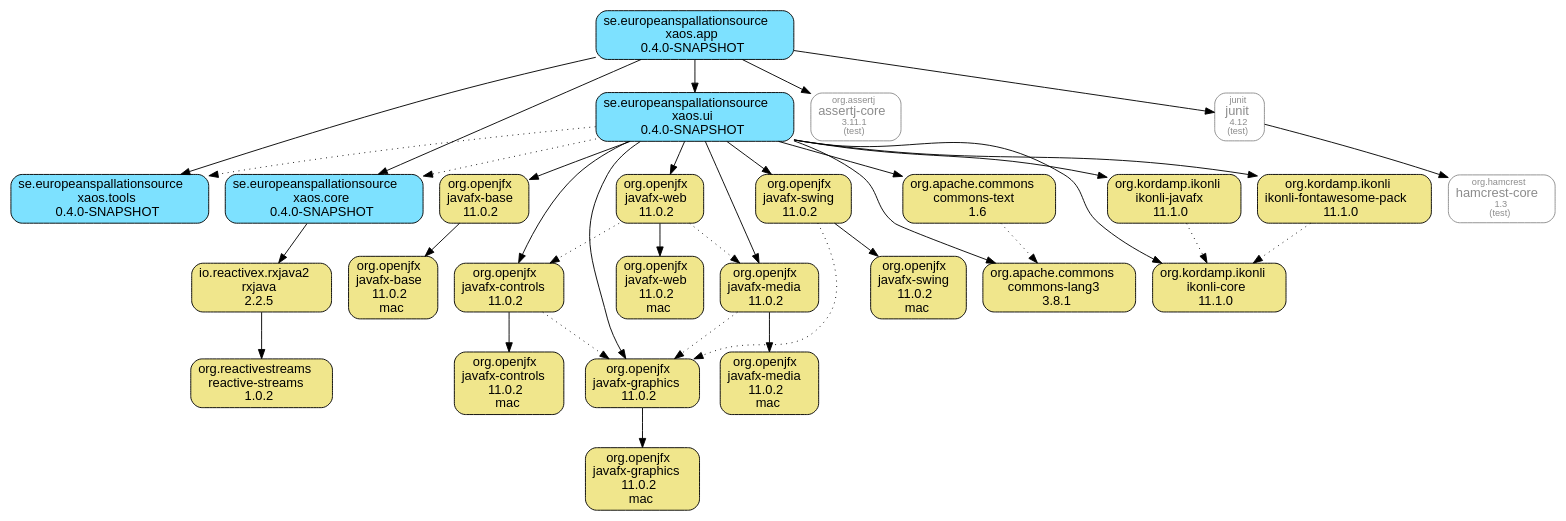
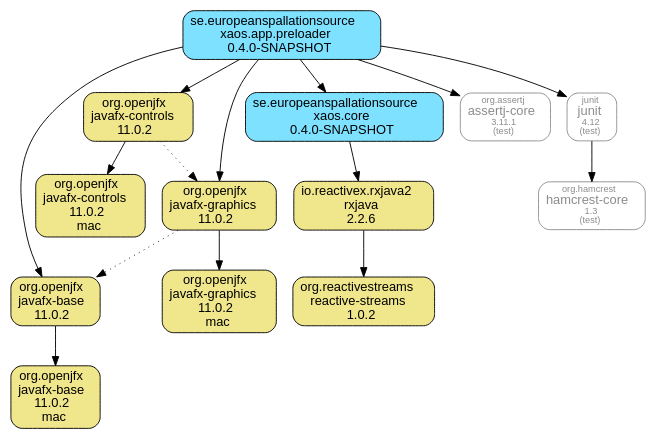
Before and after one commit to ESSICS/XAOS: the diagram in xaos.app.preloader.module/doc/maven-dependencies.dot, drawn with Graphviz. The commit also changed 67 other files, not shown here.

```diff
--- a/xaos.app.preloader.module/doc/maven-dependencies.dot
+++ b/xaos.app.preloader.module/doc/maven-dependencies.dot
@@ -1,69 +1,35 @@
-digraph "xaos.app" {
+digraph "xaos.app.preloader" {
   node [shape="box",style="rounded",fontname="Helvetica",fontsize="14"]
   edge [fontsize="10",fontname="Helvetica"]
 
   // Node Definitions:
-  "se.europeanspallationsource:xaos.app:jar"[shape="box",style="rounded, filled",fillcolor="#7DE1FF",label=<se.europeanspallationsource<br/>xaos.app<br/>0.4.0-SNAPSHOT>]
-  "se.europeanspallationsource:xaos.tools:jar"[shape="box",style="rounded, filled",fillcolor="#7DE1FF",label=<se.europeanspallationsource<br/>xaos.tools<br/>0.4.0-SNAPSHOT>]
-  "io.reactivex.rxjava2:rxjava:jar"[shape="box",style="rounded, filled",fillcolor="khaki",label=<io.reactivex.rxjava2<br/>rxjava<br/>2.2.5>]
-  "org.reactivestreams:reactive-streams:jar"[shape="box",style="rounded, filled",fillcolor="khaki",label=<org.reactivestreams<br/>reactive-streams<br/>1.0.2>]
-  "se.europeanspallationsource:xaos.core:jar"[shape="box",style="rounded, filled",fillcolor="#7DE1FF",label=<se.europeanspallationsource<br/>xaos.core<br/>0.4.0-SNAPSHOT>]
   "org.openjfx:javafx-base:jar"[shape="box",style="rounded, filled",fillcolor="khaki",label=<org.openjfx<br/>javafx-base<br/>11.0.2>]
   "org.openjfx:javafx-base:jar:mac"[shape="box",style="rounded, filled",fillcolor="khaki",label=<org.openjfx<br/>javafx-base<br/>11.0.2<br/>mac>]
-  "se.europeanspallationsource:xaos.ui:jar"[shape="box",style="rounded, filled",fillcolor="#7DE1FF",label=<se.europeanspallationsource<br/>xaos.ui<br/>0.4.0-SNAPSHOT>]
+  "se.europeanspallationsource:xaos.app.preloader:jar"[shape="box",style="rounded, filled",fillcolor="#7DE1FF",label=<se.europeanspallationsource<br/>xaos.app.preloader<br/>0.4.0-SNAPSHOT>]
   "org.openjfx:javafx-controls:jar"[shape="box",style="rounded, filled",fillcolor="khaki",label=<org.openjfx<br/>javafx-controls<br/>11.0.2>]
   "org.openjfx:javafx-controls:jar:mac"[shape="box",style="rounded, filled",fillcolor="khaki",label=<org.openjfx<br/>javafx-controls<br/>11.0.2<br/>mac>]
   "org.openjfx:javafx-graphics:jar"[shape="box",style="rounded, filled",fillcolor="khaki",label=<org.openjfx<br/>javafx-graphics<br/>11.0.2>]
   "org.openjfx:javafx-graphics:jar:mac"[shape="box",style="rounded, filled",fillcolor="khaki",label=<org.openjfx<br/>javafx-graphics<br/>11.0.2<br/>mac>]
-  "org.openjfx:javafx-media:jar"[shape="box",style="rounded, filled",fillcolor="khaki",label=<org.openjfx<br/>javafx-media<br/>11.0.2>]
-  "org.openjfx:javafx-media:jar:mac"[shape="box",style="rounded, filled",fillcolor="khaki",label=<org.openjfx<br/>javafx-media<br/>11.0.2<br/>mac>]
-  "org.openjfx:javafx-swing:jar"[shape="box",style="rounded, filled",fillcolor="khaki",label=<org.openjfx<br/>javafx-swing<br/>11.0.2>]
-  "org.openjfx:javafx-swing:jar:mac"[shape="box",style="rounded, filled",fillcolor="khaki",label=<org.openjfx<br/>javafx-swing<br/>11.0.2<br/>mac>]
-  "org.openjfx:javafx-web:jar"[shape="box",style="rounded, filled",fillcolor="khaki",label=<org.openjfx<br/>javafx-web<br/>11.0.2>]
-  "org.openjfx:javafx-web:jar:mac"[shape="box",style="rounded, filled",fillcolor="khaki",label=<org.openjfx<br/>javafx-web<br/>11.0.2<br/>mac>]
-  "org.apache.commons:commons-lang3:jar"[shape="box",style="rounded, filled",fillcolor="khaki",label=<org.apache.commons<br/>commons-lang3<br/>3.8.1>]
-  "org.apache.commons:commons-text:jar"[shape="box",style="rounded, filled",fillcolor="khaki",label=<org.apache.commons<br/>commons-text<br/>1.6>]
-  "org.kordamp.ikonli:ikonli-core:jar"[shape="box",style="rounded, filled",fillcolor="khaki",label=<org.kordamp.ikonli<br/>ikonli-core<br/>11.1.0>]
-  "org.kordamp.ikonli:ikonli-javafx:jar"[shape="box",style="rounded, filled",fillcolor="khaki",label=<org.kordamp.ikonli<br/>ikonli-javafx<br/>11.1.0>]
-  "org.kordamp.ikonli:ikonli-fontawesome-pack:jar"[shape="box",style="rounded, filled",fillcolor="khaki",label=<org.kordamp.ikonli<br/>ikonli-fontawesome-pack<br/>11.1.0>]
+  "io.reactivex.rxjava2:rxjava:jar"[shape="box",style="rounded, filled",fillcolor="khaki",label=<io.reactivex.rxjava2<br/>rxjava<br/>2.2.6>]
+  "org.reactivestreams:reactive-streams:jar"[shape="box",style="rounded, filled",fillcolor="khaki",label=<org.reactivestreams<br/>reactive-streams<br/>1.0.2>]
+  "se.europeanspallationsource:xaos.core:jar"[shape="box",style="rounded, filled",fillcolor="#7DE1FF",label=<se.europeanspallationsource<br/>xaos.core<br/>0.4.0-SNAPSHOT>]
   "org.assertj:assertj-core:jar"[shape="box",style="rounded",color="grey55",fontname="Helvetica",fontsize="14",fontcolor="grey55",label=<<font color="grey55" point-size="10">org.assertj</font><br/>assertj-core<font color="grey55" point-size="10"><br/>3.11.1</font><font color="grey55" point-size="10"><br/>(test)</font>>]
   "junit:junit:jar"[shape="box",style="rounded",color="grey55",fontname="Helvetica",fontsize="14",fontcolor="grey55",label=<<font color="grey55" point-size="10">junit</font><br/>junit<font color="grey55" point-size="10"><br/>4.12</font><font color="grey55" point-size="10"><br/>(test)</font>>]
   "org.hamcrest:hamcrest-core:jar"[shape="box",style="rounded",color="grey55",fontname="Helvetica",fontsize="14",fontcolor="grey55",label=<<font color="grey55" point-size="10">org.hamcrest</font><br/>hamcrest-core<font color="grey55" point-size="10"><br/>1.3</font><font color="grey55" point-size="10"><br/>(test)</font>>]
 
   // Edge Definitions:
-  "se.europeanspallationsource:xaos.app:jar" -> "se.europeanspallationsource:xaos.tools:jar"
+  "org.openjfx:javafx-base:jar" -> "org.openjfx:javafx-base:jar:mac"
+  "se.europeanspallationsource:xaos.app.preloader:jar" -> "org.openjfx:javafx-base:jar"
+  "org.openjfx:javafx-controls:jar" -> "org.openjfx:javafx-controls:jar:mac"
+  "org.openjfx:javafx-controls:jar" -> "org.openjfx:javafx-graphics:jar"[style="dotted"]
+  "se.europeanspallationsource:xaos.app.preloader:jar" -> "org.openjfx:javafx-controls:jar"
+  "org.openjfx:javafx-graphics:jar" -> "org.openjfx:javafx-graphics:jar:mac"
+  "org.openjfx:javafx-graphics:jar" -> "org.openjfx:javafx-base:jar"[style="dotted"]
+  "se.europeanspallationsource:xaos.app.preloader:jar" -> "org.openjfx:javafx-graphics:jar"
   "io.reactivex.rxjava2:rxjava:jar" -> "org.reactivestreams:reactive-streams:jar"
   "se.europeanspallationsource:xaos.core:jar" -> "io.reactivex.rxjava2:rxjava:jar"
-  "se.europeanspallationsource:xaos.app:jar" -> "se.europeanspallationsource:xaos.core:jar"
-  "org.openjfx:javafx-base:jar" -> "org.openjfx:javafx-base:jar:mac"
-  "se.europeanspallationsource:xaos.ui:jar" -> "org.openjfx:javafx-base:jar"
-  "org.openjfx:javafx-controls:jar" -> "org.openjfx:javafx-controls:jar:mac"
-  "org.openjfx:javafx-controls:jar" -> "org.openjfx:javafx-graphics:jar"[style="dotted"]
-  "se.europeanspallationsource:xaos.ui:jar" -> "org.openjfx:javafx-controls:jar"
-  "org.openjfx:javafx-graphics:jar" -> "org.openjfx:javafx-graphics:jar:mac"
-  "se.europeanspallationsource:xaos.ui:jar" -> "org.openjfx:javafx-graphics:jar"
-  "org.openjfx:javafx-media:jar" -> "org.openjfx:javafx-media:jar:mac"
-  "org.openjfx:javafx-media:jar" -> "org.openjfx:javafx-graphics:jar"[style="dotted"]
-  "se.europeanspallationsource:xaos.ui:jar" -> "org.openjfx:javafx-media:jar"
-  "org.openjfx:javafx-swing:jar" -> "org.openjfx:javafx-swing:jar:mac"
-  "org.openjfx:javafx-swing:jar" -> "org.openjfx:javafx-graphics:jar"[style="dotted"]
-  "se.europeanspallationsource:xaos.ui:jar" -> "org.openjfx:javafx-swing:jar"
-  "org.openjfx:javafx-web:jar" -> "org.openjfx:javafx-web:jar:mac"
-  "org.openjfx:javafx-web:jar" -> "org.openjfx:javafx-controls:jar"[style="dotted"]
-  "org.openjfx:javafx-web:jar" -> "org.openjfx:javafx-media:jar"[style="dotted"]
-  "se.europeanspallationsource:xaos.ui:jar" -> "org.openjfx:javafx-web:jar"
-  "se.europeanspallationsource:xaos.ui:jar" -> "org.apache.commons:commons-lang3:jar"
-  "org.apache.commons:commons-text:jar" -> "org.apache.commons:commons-lang3:jar"[style="dotted"]
-  "se.europeanspallationsource:xaos.ui:jar" -> "org.apache.commons:commons-text:jar"
-  "se.europeanspallationsource:xaos.ui:jar" -> "org.kordamp.ikonli:ikonli-core:jar"
-  "org.kordamp.ikonli:ikonli-javafx:jar" -> "org.kordamp.ikonli:ikonli-core:jar"[style="dotted"]
-  "se.europeanspallationsource:xaos.ui:jar" -> "org.kordamp.ikonli:ikonli-javafx:jar"
-  "org.kordamp.ikonli:ikonli-fontawesome-pack:jar" -> "org.kordamp.ikonli:ikonli-core:jar"[style="dotted"]
-  "se.europeanspallationsource:xaos.ui:jar" -> "org.kordamp.ikonli:ikonli-fontawesome-pack:jar"
-  "se.europeanspallationsource:xaos.ui:jar" -> "se.europeanspallationsource:xaos.tools:jar"[style="dotted"]
-  "se.europeanspallationsource:xaos.ui:jar" -> "se.europeanspallationsource:xaos.core:jar"[style="dotted"]
-  "se.europeanspallationsource:xaos.app:jar" -> "se.europeanspallationsource:xaos.ui:jar"
-  "se.europeanspallationsource:xaos.app:jar" -> "org.assertj:assertj-core:jar"
+  "se.europeanspallationsource:xaos.app.preloader:jar" -> "se.europeanspallationsource:xaos.core:jar"
+  "se.europeanspallationsource:xaos.app.preloader:jar" -> "org.assertj:assertj-core:jar"
   "junit:junit:jar" -> "org.hamcrest:hamcrest-core:jar"
-  "se.europeanspallationsource:xaos.app:jar" -> "junit:junit:jar"
+  "se.europeanspallationsource:xaos.app.preloader:jar" -> "junit:junit:jar"
 }
```
